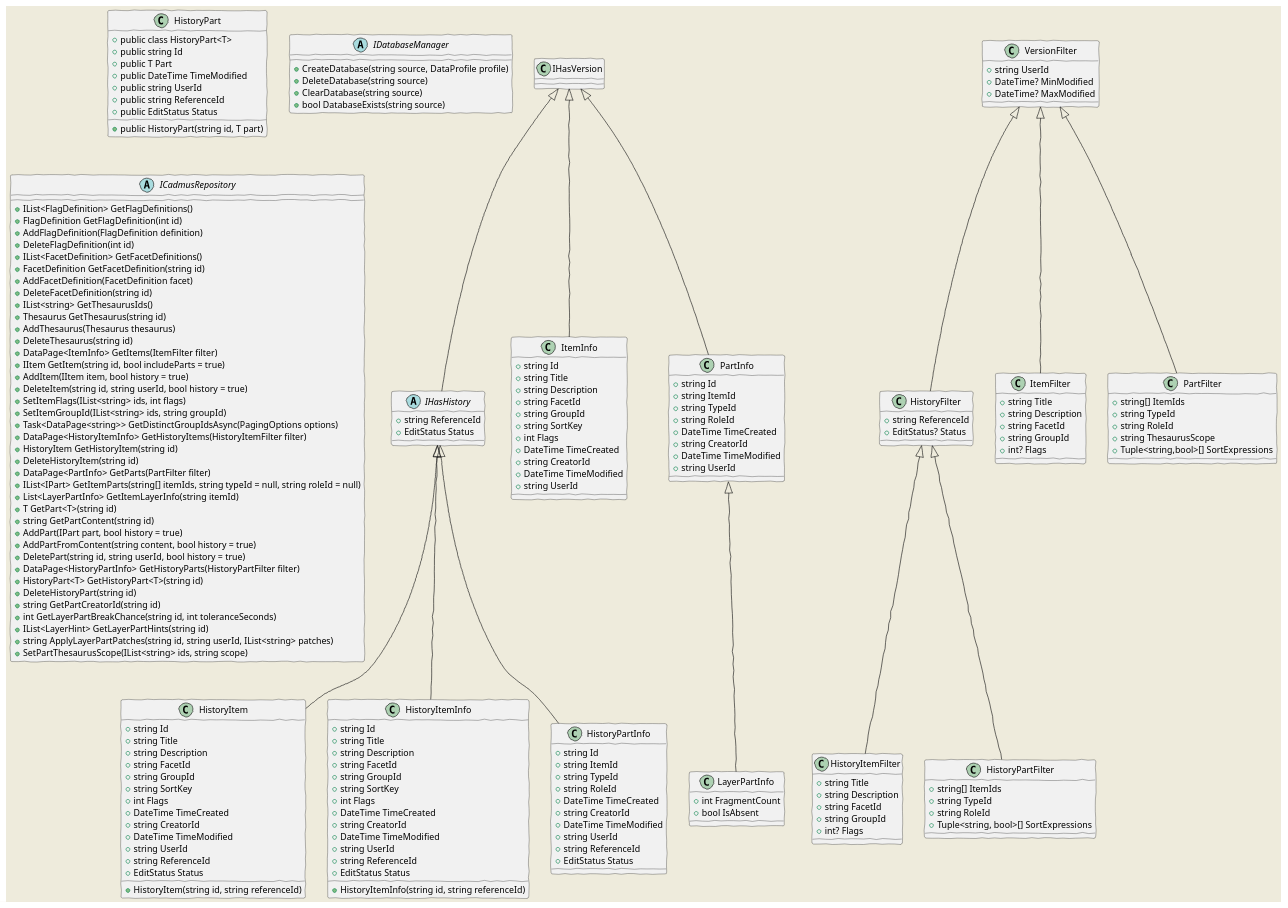
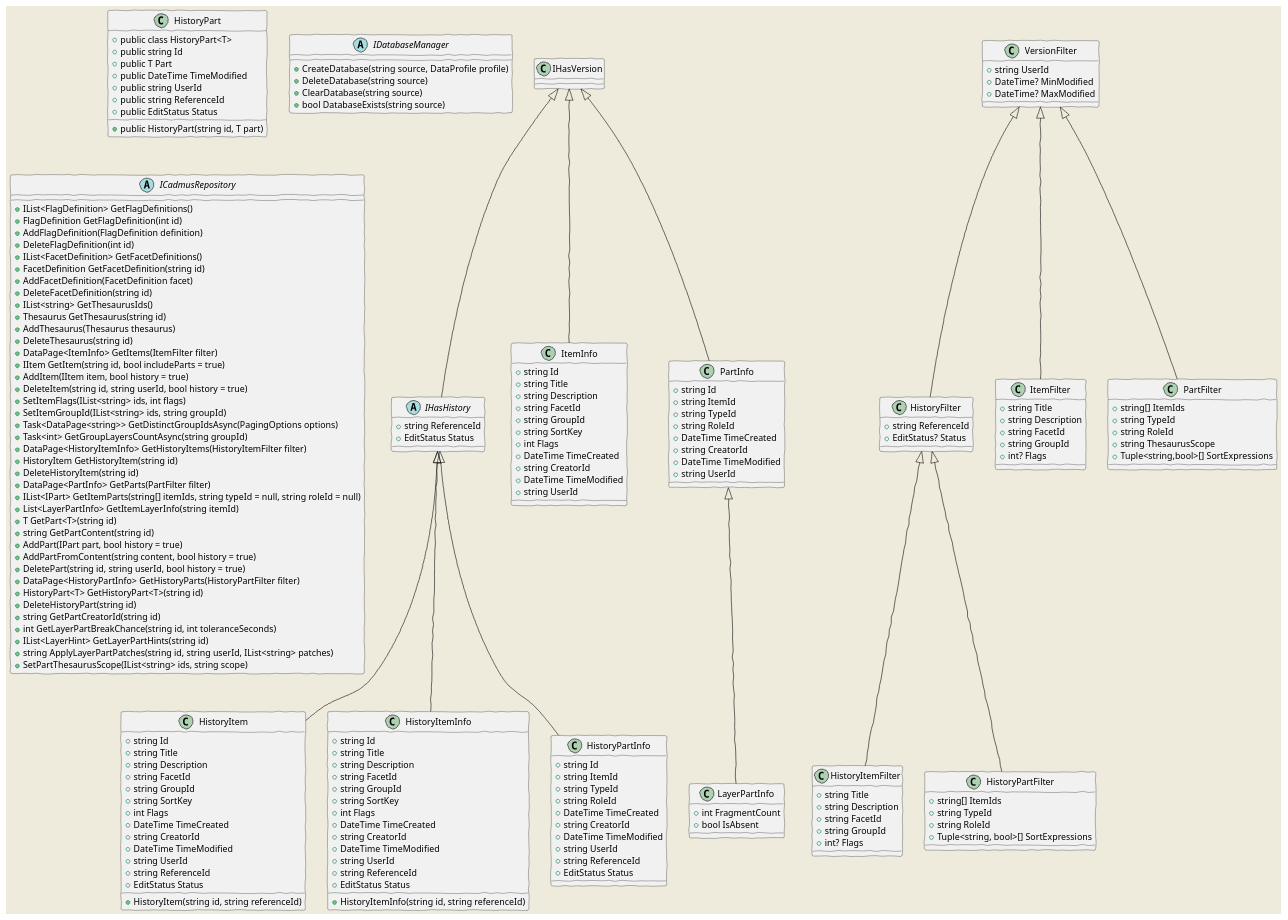
Before and after one commit to vedph/cadmus_core: the fourth of 4 diagrams in Doc/core.md, drawn with PlantUML. The commit also changed 14 other files, not shown here.

Commit message:
Added GetGroupLayersCountAsync

```diff
--- a/Doc/core.md
+++ b/Doc/core.md
@@ -729,6 +729,7 @@
     ICadmusRepository : +SetItemFlags(IList<string> ids, int flags)
     ICadmusRepository : +SetItemGroupId(IList<string> ids, string groupId)
     ICadmusRepository : +Task<DataPage<string>> GetDistinctGroupIdsAsync(PagingOptions options)
+    ICadmusRepository : +Task<int> GetGroupLayersCountAsync(string groupId)
     ICadmusRepository : +DataPage<HistoryItemInfo> GetHistoryItems(HistoryItemFilter filter)
     ICadmusRepository : +HistoryItem GetHistoryItem(string id)
     ICadmusRepository : +DeleteHistoryItem(string id)
```
